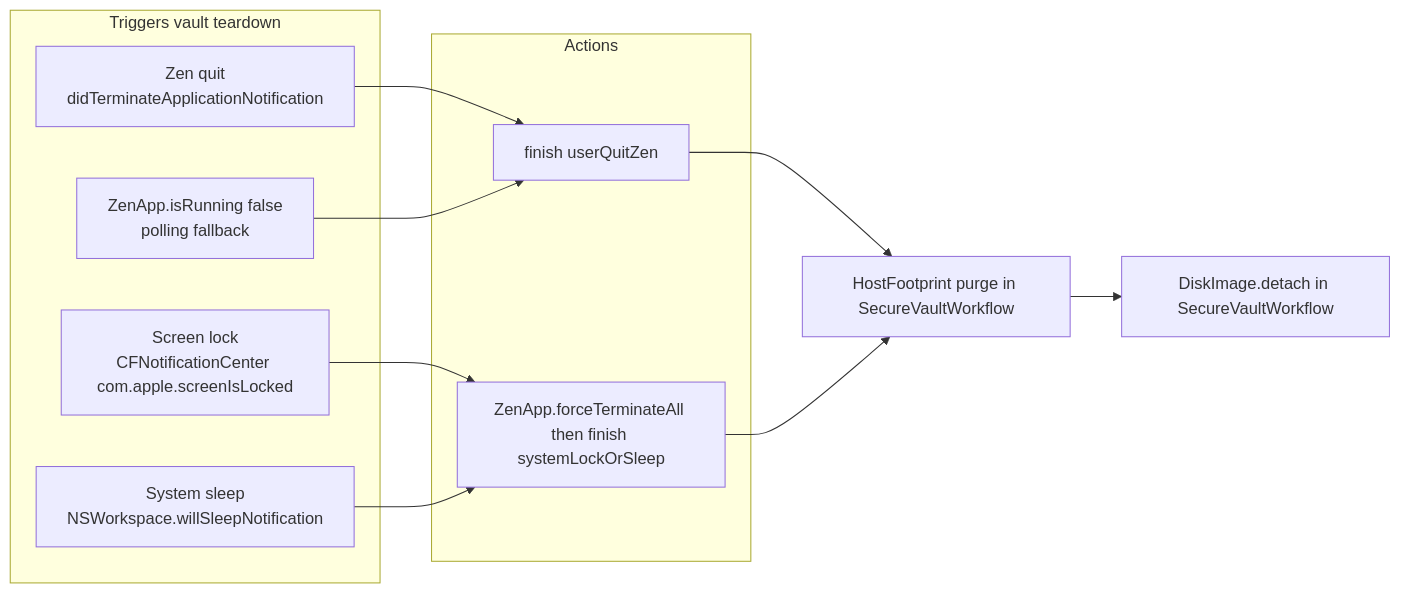
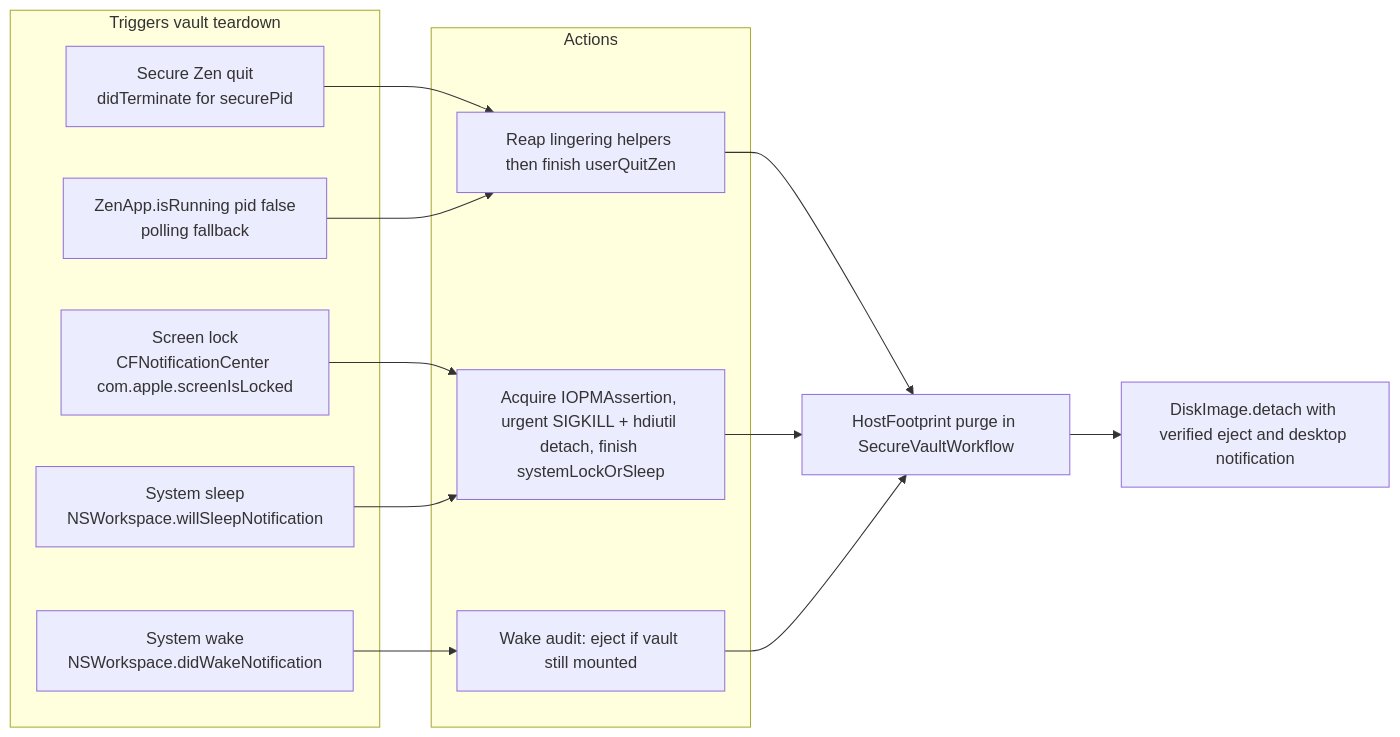
One commit to Johann-Goncalves-Pereira/Raycast changed the fourth of 6 diagrams in პროფილი/README.md. Above: the diagram before and after it, drawn with Mermaid. The commit also changed other lines of this file and 4 other files, not shown here.

First line of the commit message:
Security 🔒: Prevent vault exposure on lid close and ensure eject confirmation on Cmd+Q (#7)

````diff
--- a/პროფილი/README.md
+++ b/პროფილი/README.md
@@ -137,24 +138,28 @@
 ```mermaid
 flowchart LR
     subgraph triggers [Triggers vault teardown]
-        Quit[Zen quit<br/>didTerminateApplicationNotification]
-        Poll[ZenApp.isRunning false<br/>polling fallback]
+        Quit[Secure Zen quit<br/>didTerminate for securePid]
+        Poll[ZenApp.isRunning pid false<br/>polling fallback]
         Lock[Screen lock<br/>CFNotificationCenter com.apple.screenIsLocked]
         Sleep[System sleep<br/>NSWorkspace.willSleepNotification]
+        Wake[System wake<br/>NSWorkspace.didWakeNotification]
     end
 
     subgraph actions [Actions]
-        NormalStop[finish userQuitZen]
-        SecurityStop[ZenApp.forceTerminateAll then finish systemLockOrSleep]
+        NormalStop[Reap lingering helpers then finish userQuitZen]
+        SecurityStop[Acquire IOPMAssertion, urgent SIGKILL + hdiutil detach, finish systemLockOrSleep]
+        WakeAudit[Wake audit: eject if vault still mounted]
     end
 
     Quit --> NormalStop
     Poll --> NormalStop
     Lock --> SecurityStop
     Sleep --> SecurityStop
+    Wake --> WakeAudit
 
     NormalStop --> Purge[HostFootprint purge in SecureVaultWorkflow]
     SecurityStop --> Purge
+    WakeAudit --> Purge
 
-    Purge --> Eject[DiskImage.detach in SecureVaultWorkflow]
+    Purge --> Eject[DiskImage.detach with verified eject and desktop notification]
 ```
````
